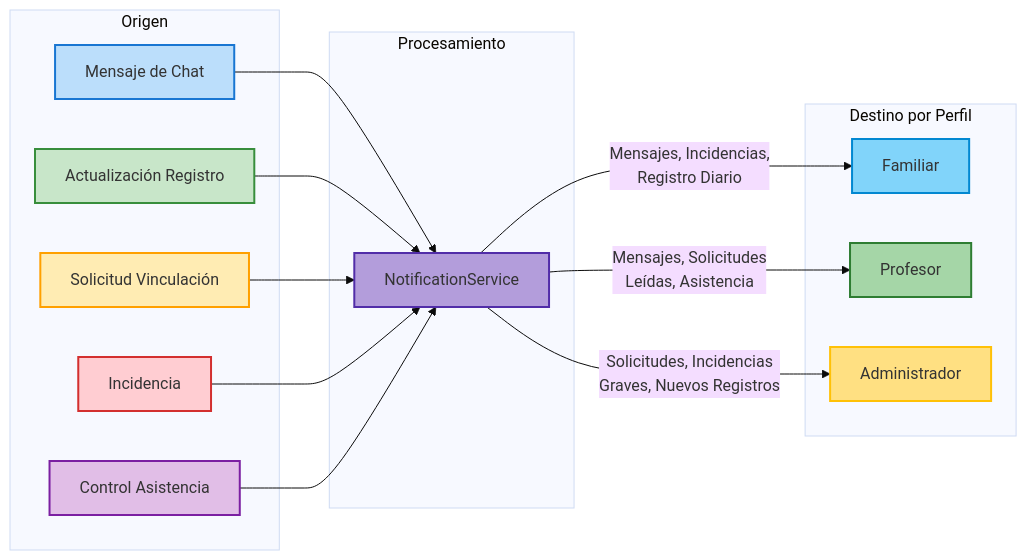
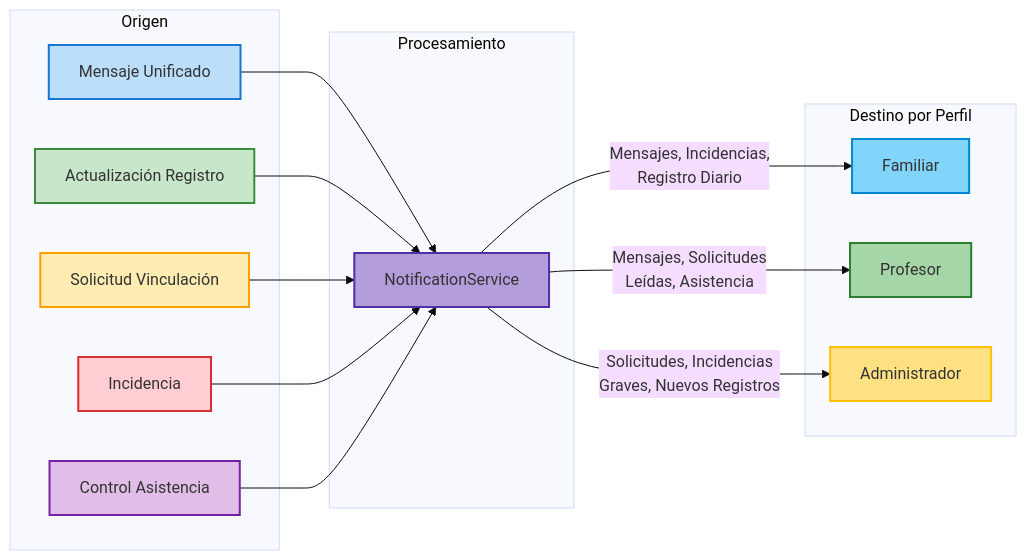
The third of 4 diagrams in docs/Sistema_Notificaciones.md (Nojabeach/UmeEgunero), drawn with Mermaid (base theme) before and after one commit. The commit also changed other lines of this file and 112 other files, not shown here.

````diff
--- a/docs/Sistema_Notificaciones.md
+++ b/docs/Sistema_Notificaciones.md
@@ -127,42 +187,42 @@
 ```mermaid
 flowchart LR
     subgraph "Origen"
-        O1[Mensaje de Chat]
+        O1[Mensaje Unificado]
         O2[Actualización Registro]
         O3[Solicitud Vinculación]
         O4[Incidencia]
         O5[Control Asistencia]
     end
     
     subgraph "Procesamiento"
         P[NotificationService] 
     end
     
     subgraph "Destino por Perfil"
         D1[Familiar]
         D2[Profesor]
         D3[Administrador]
     end
     
     O1 --> P
     O2 --> P
     O3 --> P
     O4 --> P
     O5 --> P
     
     P -->|"Mensajes, Incidencias,\nRegistro Diario"| D1
     P -->|"Mensajes, Solicitudes\nLeídas, Asistencia"| D2
     P -->|"Solicitudes, Incidencias\nGraves, Nuevos Registros"| D3
     
     style O1 fill:#BBDEFB,stroke:#1976D2,stroke-width:2px
     style O2 fill:#C8E6C9,stroke:#388E3C,stroke-width:2px
     style O3 fill:#FFECB3,stroke:#FFA000,stroke-width:2px
     style O4 fill:#FFCDD2,stroke:#D32F2F,stroke-width:2px
     style O5 fill:#E1BEE7,stroke:#7B1FA2,stroke-width:2px
     
     style P fill:#B39DDB,stroke:#512DA8,stroke-width:2px
     
     style D1 fill:#81D4FA,stroke:#0288D1,stroke-width:2px
     style D2 fill:#A5D6A7,stroke:#2E7D32,stroke-width:2px
     style D3 fill:#FFE082,stroke:#FFC107,stroke-width:2px
 ```
````
